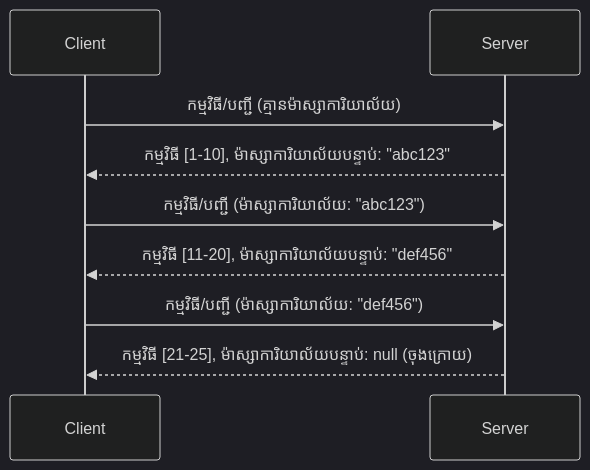
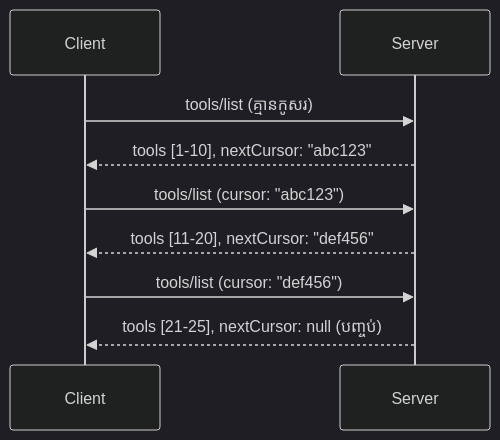
Before and after one commit to microsoft/mcp-for-beginners: the diagram in translations/km/04-PracticalImplementation/pagination/README.md, drawn with Mermaid (dark theme). The commit also changed other lines of this file and 43 other files, not shown here.

````diff
--- a/translations/km/04-PracticalImplementation/pagination/README.md
+++ b/translations/km/04-PracticalImplementation/pagination/README.md
@@ -24,14 +24,14 @@
 ```mermaid
 sequenceDiagram
     participant Client
     participant Server
     
-    Client->>Server: កម្មវិធី/បញ្ជី (គ្មានម៉ាស្សាការិយាល័យ)
-    Server-->>Client: កម្មវិធី [1-10], ម៉ាស្សាការិយាល័យបន្ទាប់: "abc123"
+    Client->>Server: tools/list (គ្មានកូសរ)
+    Server-->>Client: tools [1-10], nextCursor: "abc123"
     
-    Client->>Server: កម្មវិធី/បញ្ជី (ម៉ាស្សាការិយាល័យ: "abc123")
-    Server-->>Client: កម្មវិធី [11-20], ម៉ាស្សាការិយាល័យបន្ទាប់: "def456"
+    Client->>Server: tools/list (cursor: "abc123")
+    Server-->>Client: tools [11-20], nextCursor: "def456"
     
-    Client->>Server: កម្មវិធី/បញ្ជី (ម៉ាស្សាការិយាល័យ: "def456")
-    Server-->>Client: កម្មវិធី [21-25], ម៉ាស្សាការិយាល័យបន្ទាប់: null (ចុងក្រោយ)
+    Client->>Server: tools/list (cursor: "def456")
+    Server-->>Client: tools [21-25], nextCursor: null (បញ្ចប់)
 ```
````
